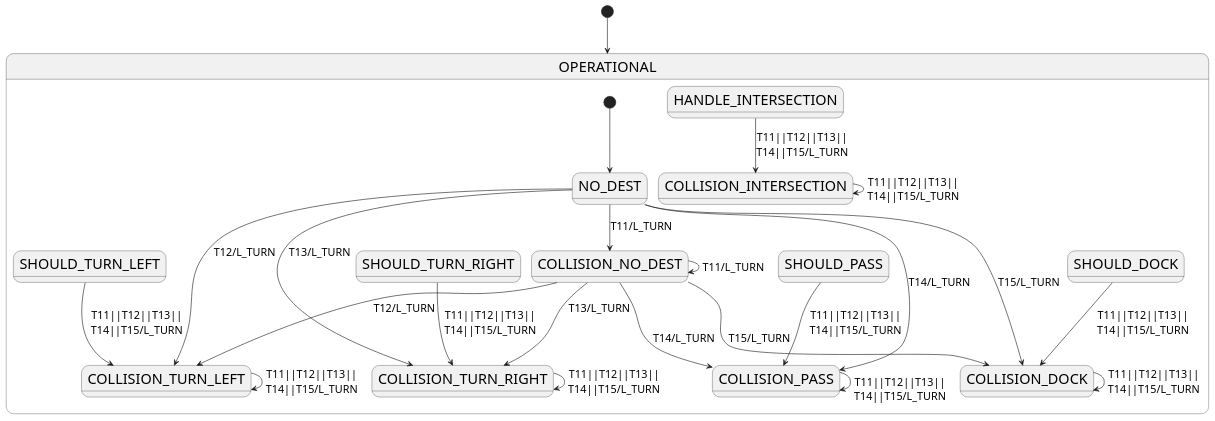
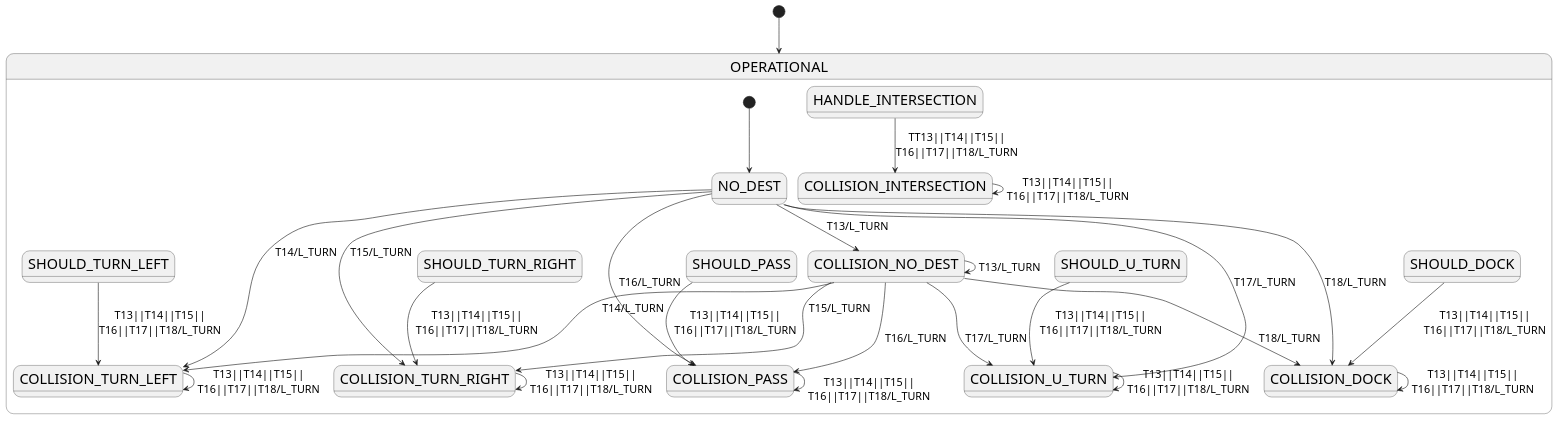
One commit to bardia-p/carleton-mail-delivery-robot changed the diagram in diagrams/src/plantuml_files/state_machine_with_collision.plantuml. Above: the diagram before and after it, drawn with PlantUML. The commit also changed 8 other files, not shown here.

Commit message:
Added U_TURN to the state machine diagrams and updated the UML and ER.

```diff
--- a/diagrams/src/plantuml_files/state_machine_with_collision.plantuml
+++ b/diagrams/src/plantuml_files/state_machine_with_collision.plantuml
@@ -1,48 +1,54 @@
 @startuml state_machine_with_collision
 <style>
 stateDiagram {
   FontSize 24
   arrow {
     FontSize 18
   }
 }
 </style>
 
 [*] --> OPERATIONAL
 
 state OPERATIONAL {
 [*]--> NO_DEST
 
-NO_DEST --> COLLISION_NO_DEST: T11/L_TURN
-NO_DEST --> COLLISION_TURN_LEFT: T12/L_TURN\n\n
-NO_DEST --> COLLISION_TURN_RIGHT: T13/L_TURN\n\n
-NO_DEST --> COLLISION_PASS: \n\nT14/L_TURN
-NO_DEST --> COLLISION_DOCK: \n\nT15/L_TURN
+NO_DEST --> COLLISION_NO_DEST: T13/L_TURN
+NO_DEST --> COLLISION_TURN_LEFT: T14/L_TURN\n\n
+NO_DEST --> COLLISION_TURN_RIGHT: T15/L_TURN\n\n
+NO_DEST --> COLLISION_PASS: \n\nT16/L_TURN
+NO_DEST --> COLLISION_U_TURN: \n\nT17/L_TURN
+NO_DEST --> COLLISION_DOCK: \n\nT18/L_TURN
 
-SHOULD_TURN_LEFT --> COLLISION_TURN_LEFT: T11||T12||T13||\nT14||T15/L_TURN
+SHOULD_TURN_LEFT --> COLLISION_TURN_LEFT: T13||T14||T15||\nT16||T17||T18/L_TURN
 
-SHOULD_TURN_RIGHT --> COLLISION_TURN_RIGHT: T11||T12||T13||\nT14||T15/L_TURN
+SHOULD_TURN_RIGHT --> COLLISION_TURN_RIGHT: T13||T14||T15||\nT16||T17||T18/L_TURN
 
-SHOULD_PASS --> COLLISION_PASS: T11||T12||T13||\nT14||T15/L_TURN
+SHOULD_PASS --> COLLISION_PASS: T13||T14||T15||\nT16||T17||T18/L_TURN
 
-SHOULD_DOCK --> COLLISION_DOCK: T11||T12||T13||\nT14||T15/L_TURN
+SHOULD_U_TURN --> COLLISION_U_TURN: T13||T14||T15||\nT16||T17||T18/L_TURN
 
-COLLISION_NO_DEST --> COLLISION_NO_DEST: T11/L_TURN
-COLLISION_NO_DEST --> COLLISION_TURN_LEFT: T12/L_TURN\n\n
-COLLISION_NO_DEST --> COLLISION_TURN_RIGHT: T13/L_TURN\n\n
-COLLISION_NO_DEST --> COLLISION_PASS: \n\nT14/L_TURN
-COLLISION_NO_DEST --> COLLISION_DOCK: \n\nT15/L_TURN
+SHOULD_DOCK --> COLLISION_DOCK: T13||T14||T15||\nT16||T17||T18/L_TURN
 
-COLLISION_TURN_LEFT --> COLLISION_TURN_LEFT: T11||T12||T13||\nT14||T15/L_TURN
+HANDLE_INTERSECTION --> COLLISION_INTERSECTION: TT13||T14||T15||\nT16||T17||T18/L_TURN
 
-COLLISION_TURN_RIGHT --> COLLISION_TURN_RIGHT: T11||T12||T13||\nT14||T15/L_TURN
+COLLISION_NO_DEST --> COLLISION_NO_DEST: T13/L_TURN
+COLLISION_NO_DEST --> COLLISION_TURN_LEFT: T14/L_TURN\n\n
+COLLISION_NO_DEST --> COLLISION_TURN_RIGHT: T15/L_TURN\n\n
+COLLISION_NO_DEST --> COLLISION_PASS: \n\nT16/L_TURN
+COLLISION_NO_DEST --> COLLISION_U_TURN: \n\nT17/L_TURN
+COLLISION_NO_DEST --> COLLISION_DOCK: \n\nT18/L_TURN
 
-COLLISION_PASS --> COLLISION_PASS: \nT11||T12||T13||\nT14||T15/L_TURN
+COLLISION_TURN_LEFT --> COLLISION_TURN_LEFT: T13||T14||T15||\nT16||T17||T18/L_TURN
 
-COLLISION_DOCK --> COLLISION_DOCK: T11||T12||T13||\nT14||T15/L_TURN
+COLLISION_TURN_RIGHT --> COLLISION_TURN_RIGHT: T13||T14||T15||\nT16||T17||T18/L_TURN
 
-HANDLE_INTERSECTION --> COLLISION_INTERSECTION: T11||T12||T13||\nT14||T15/L_TURN
+COLLISION_PASS --> COLLISION_PASS: \nT13||T14||T15||\nT16||T17||T18/L_TURN
 
-COLLISION_INTERSECTION --> COLLISION_INTERSECTION: T11||T12||T13||\nT14||T15/L_TURN
+COLLISION_U_TURN --> COLLISION_U_TURN: T13||T14||T15||\nT16||T17||T18/L_TURN
+
+COLLISION_DOCK --> COLLISION_DOCK: T13||T14||T15||\nT16||T17||T18/L_TURN
+
+COLLISION_INTERSECTION --> COLLISION_INTERSECTION: T13||T14||T15||\nT16||T17||T18/L_TURN
 }
 @enduml
```
